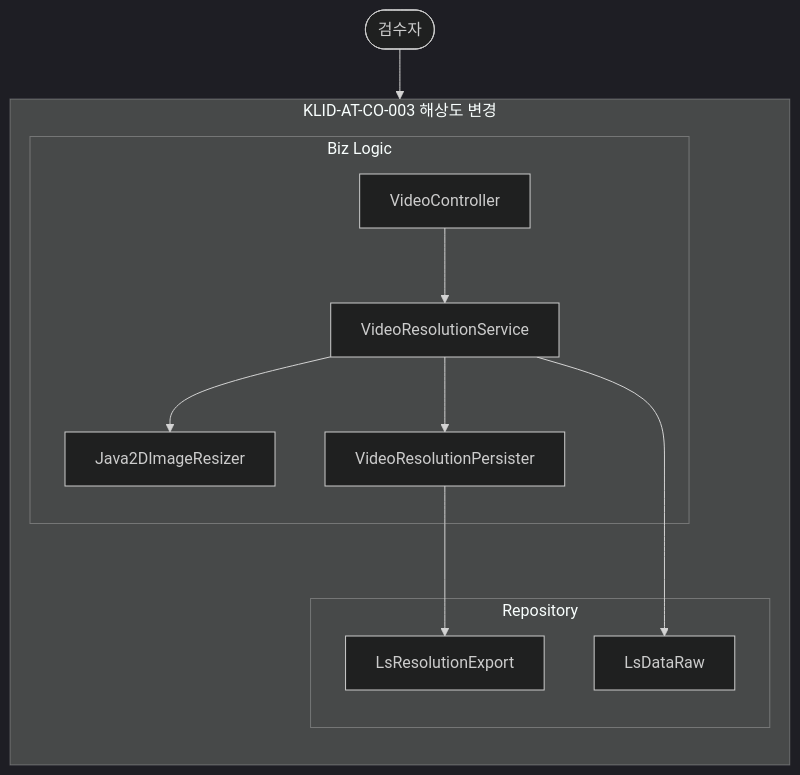
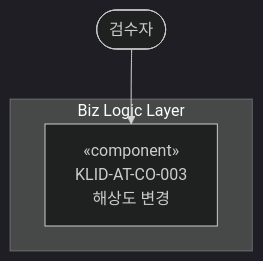
The third of 18 diagrams in docs/design/D3-컴포넌트설계서.md (New-stella/klid-label), drawn with Mermaid (dark theme) before and after one commit. The commit also changed other lines of this file and 10 other files, not shown here.

````diff
--- a/docs/design/D3-컴포넌트설계서.md
+++ b/docs/design/D3-컴포넌트설계서.md
@@ -104,23 +82,8 @@
 ```mermaid
 flowchart TD
     REVIEWER([검수자])
-    subgraph CO003[KLID-AT-CO-003 해상도 변경]
-        direction TB
-        subgraph BIZ3[Biz Logic]
-            VC[VideoController]
-            VRS[VideoResolutionService]
-            RSZ[Java2DImageResizer]
-            VRP[VideoResolutionPersister]
-        end
-        subgraph REP3[Repository]
-            REX[LsResolutionExport]
-            RAW3[LsDataRaw]
-        end
-        VC --> VRS
-        VRS --> RSZ
-        VRS --> VRP
-        VRS --> RAW3
-        VRP --> REX
+    subgraph BIZ3[Biz Logic Layer]
+        CO003["«component»<br/>KLID-AT-CO-003<br/>해상도 변경"]
     end
-    REVIEWER --> VC
+    REVIEWER --> CO003
 ```
````
